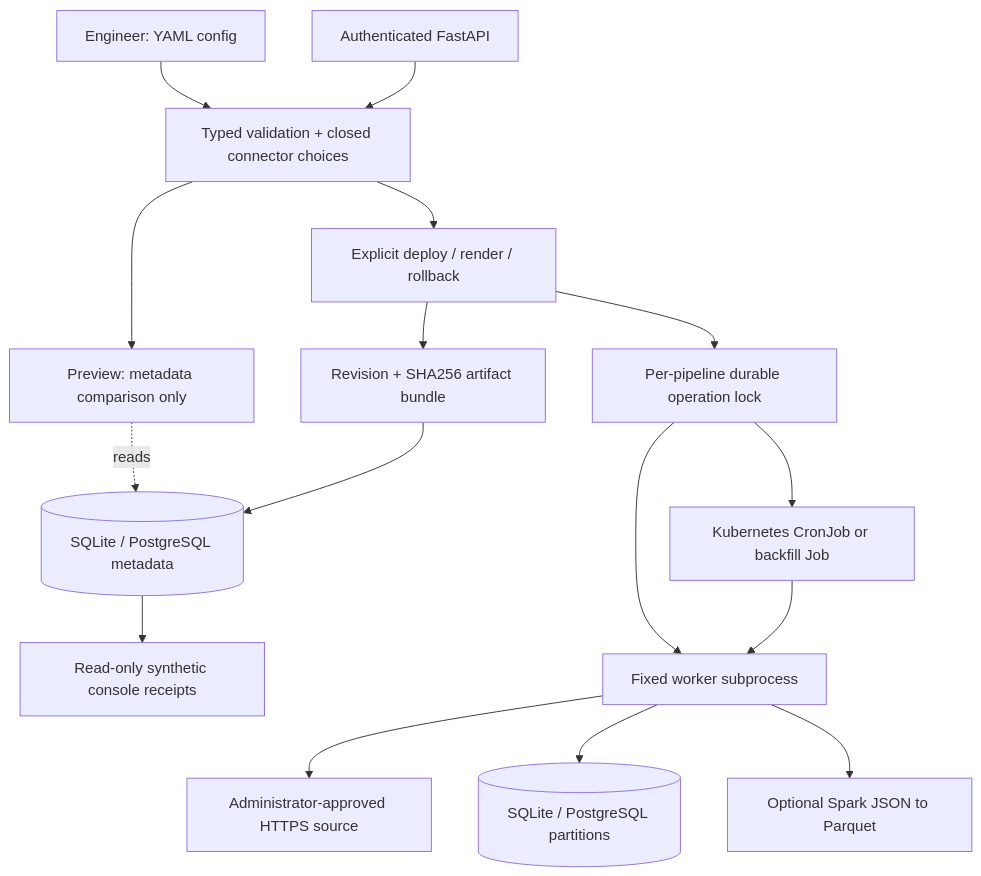
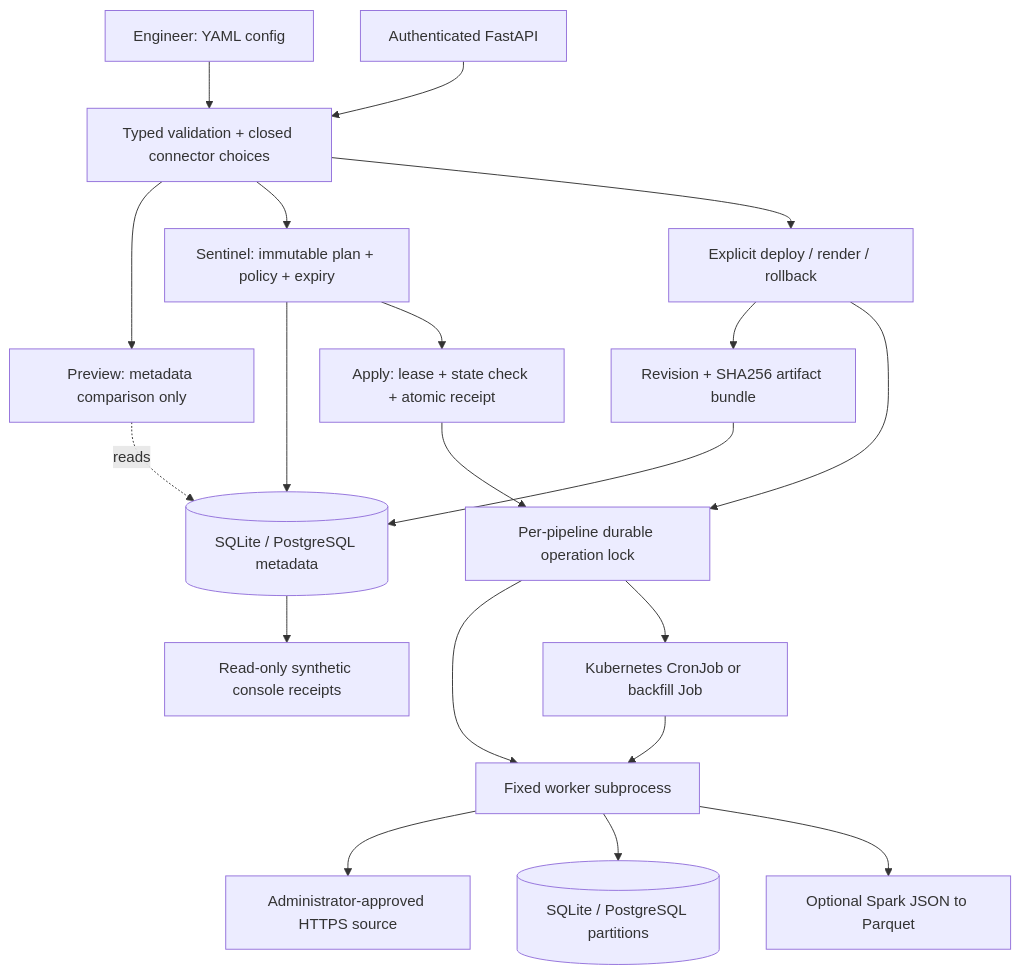
Before and after one commit to 9059Rohith/pipefoundry: the diagram in README.md, drawn with Mermaid. The commit also changed other lines of this file and 28 other files, not shown here.

Commit message:
feat: add race-resistant Release Sentinel planning and apply

````diff
--- a/README.md
+++ b/README.md
@@ -23,18 +42,22 @@
 ```mermaid
 flowchart TD
   E[Engineer: YAML config] --> V[Typed validation + closed connector choices]
   API[Authenticated FastAPI] --> V
   V --> P[Preview: metadata comparison only]
   P -. reads .-> DB[(SQLite / PostgreSQL metadata)]
+  V --> PLAN[Sentinel: immutable plan + policy + expiry]
+  PLAN --> DB
+  PLAN --> APPLY[Apply: lease + state check + atomic receipt]
+  APPLY --> O
   V --> D[Explicit deploy / render / rollback]
   D --> R[Revision + SHA256 artifact bundle]
   R --> DB
   D --> O[Per-pipeline durable operation lock]
   O --> W[Fixed worker subprocess]
   O --> K[Kubernetes CronJob or backfill Job]
   W --> H[Administrator-approved HTTPS source]
   W --> SQL[(SQLite / PostgreSQL partitions)]
   W --> S[Optional Spark JSON to Parquet]
   K --> W
   DB --> C[Read-only synthetic console receipts]
 ```
````
